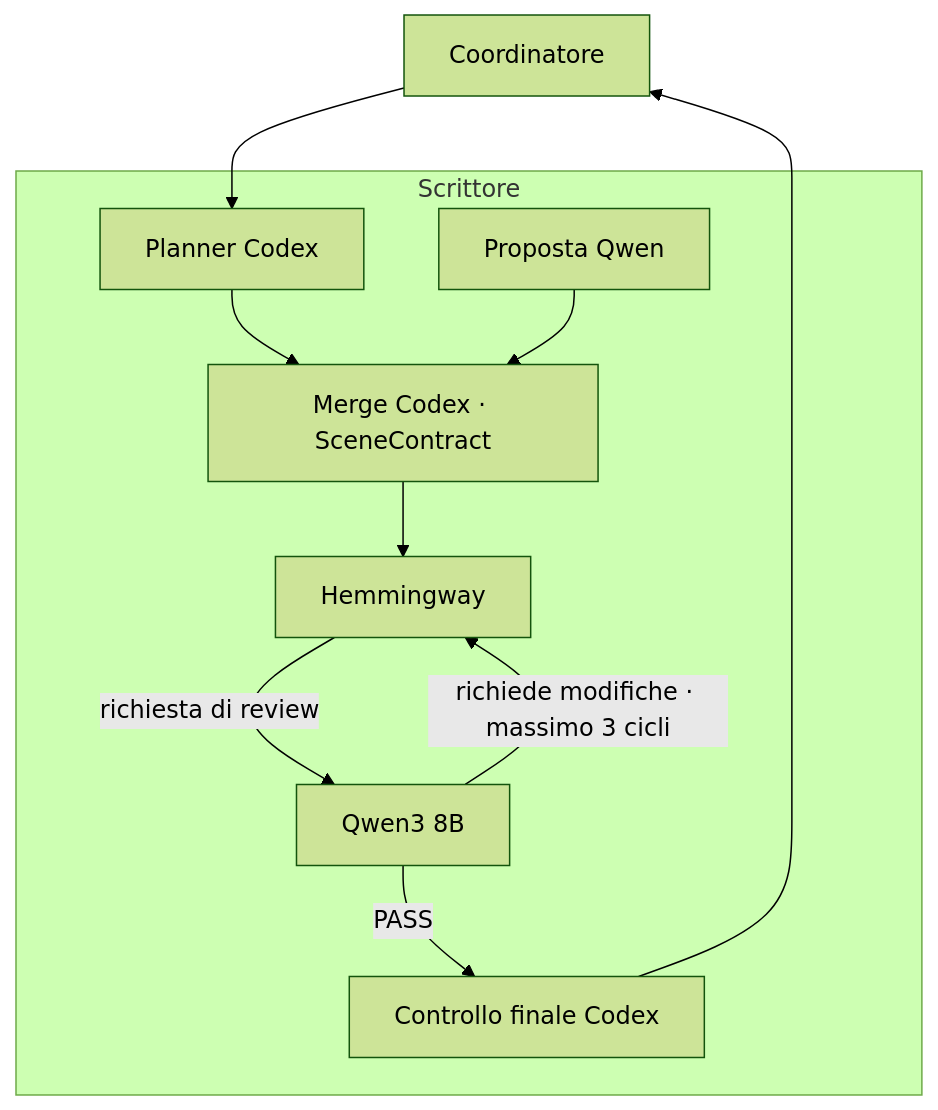
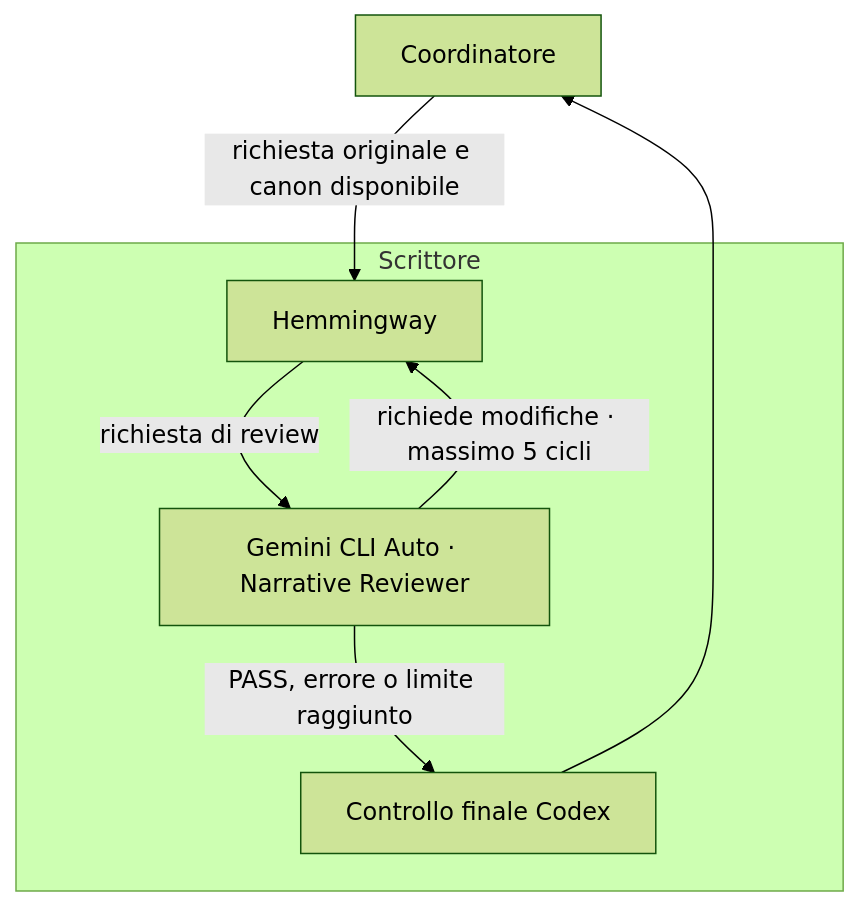
The fifth of 12 diagrams in README.md (DRincs-Productions/LM-Studio), drawn with Mermaid (forest theme) before and after one commit. The commit also changed other lines of this file and 25 other files, not shown here.

````diff
--- a/README.md
+++ b/README.md
@@ -118,20 +112,14 @@
 ```mermaid
 flowchart TD
     C[Coordinatore]
     subgraph SCRITTORE[Scrittore]
-        P[Planner Codex]
-        Q[Proposta Qwen]
-        M[Merge Codex · SceneContract]
         W[Hemmingway]
-        R[Qwen3 8B]
+        R[Gemini CLI Auto · Narrative Reviewer]
         X[Controllo finale Codex]
-        P --> M
-        Q --> M
-        M --> W
         W -->|richiesta di review| R
-        R -->|richiede modifiche · massimo 3 cicli| W
-        R -->|PASS| X
+        R -->|richiede modifiche · massimo 5 cicli| W
+        R -->|PASS, errore o limite raggiunto| X
     end
-    C --> P
+    C -->|richiesta originale e canon disponibile| W
     X --> C
 ```
````
